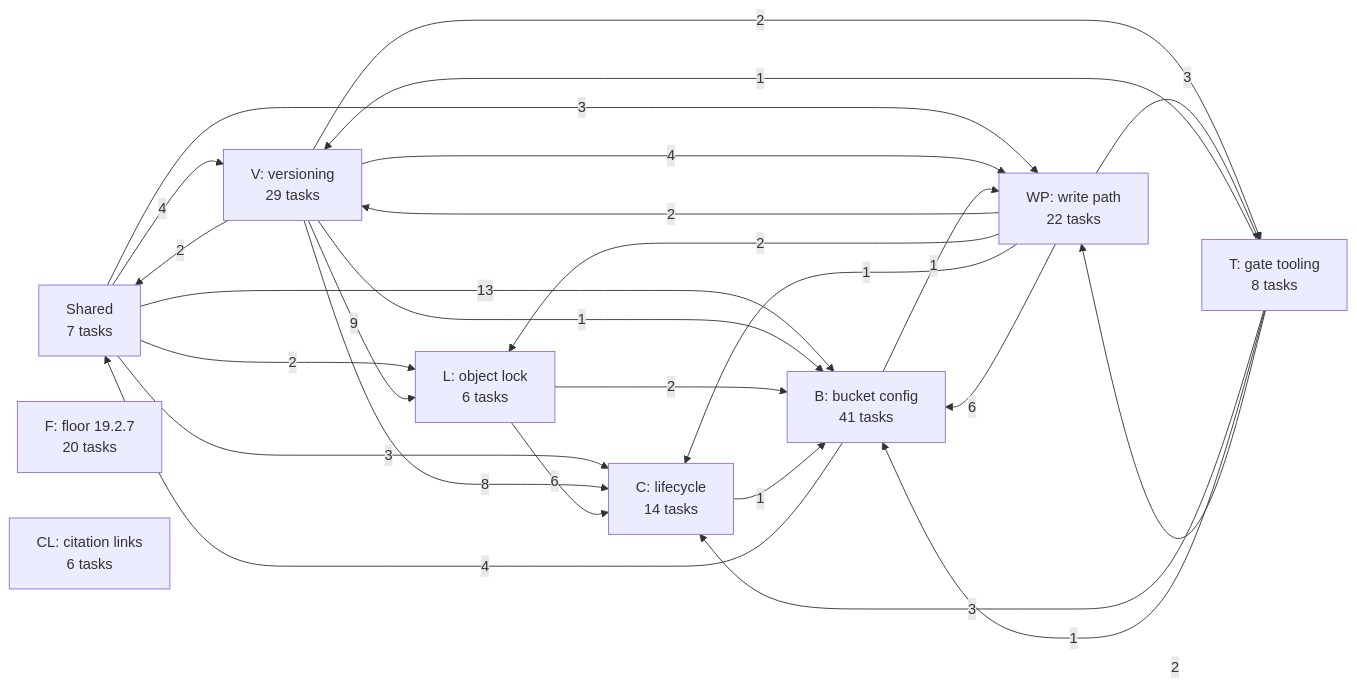
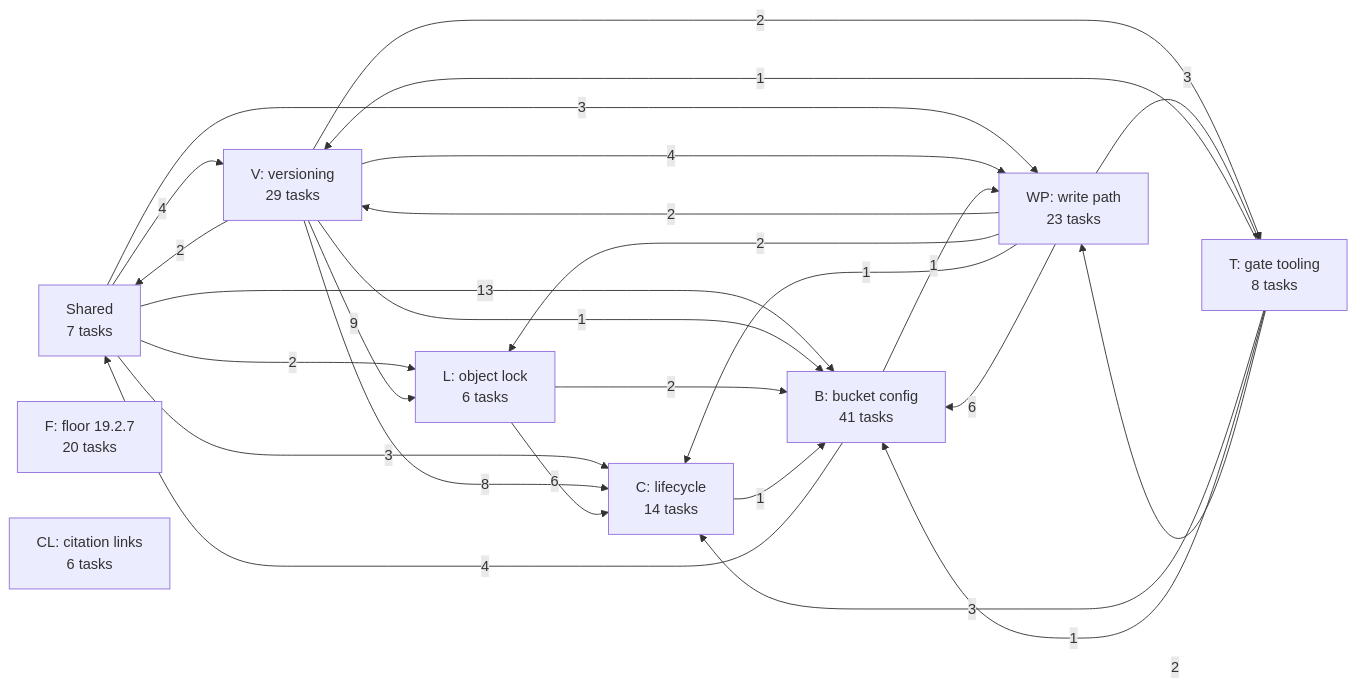
One commit to jhoblitt/rgw-go changed the first of 10 diagrams in docs/superpowers/plans/2026-10-13-phase-2/dependencies.md. Above: the diagram before and after it, drawn with Mermaid. The commit also changed other lines of this file and 1 other file, not shown here.

````diff
--- a/docs/superpowers/plans/2026-10-13-phase-2/dependencies.md
+++ b/docs/superpowers/plans/2026-10-13-phase-2/dependencies.md
@@ -13,37 +13,37 @@
 ```mermaid
 flowchart LR
   u_S["Shared<br/>7 tasks"]
   u_F["F: floor 19.2.7<br/>20 tasks"]
   u_V["V: versioning<br/>29 tasks"]
   u_L["L: object lock<br/>6 tasks"]
   u_C["C: lifecycle<br/>14 tasks"]
   u_B["B: bucket config<br/>41 tasks"]
-  u_WP["WP: write path<br/>22 tasks"]
+  u_WP["WP: write path<br/>23 tasks"]
   u_T["T: gate tooling<br/>8 tasks"]
   u_CL["CL: citation links<br/>6 tasks"]
   u_S -->|4| u_V
   u_S -->|2| u_L
   u_S -->|3| u_C
   u_S -->|13| u_B
   u_S -->|3| u_WP
   u_V -->|2| u_S
   u_V -->|9| u_L
   u_V -->|8| u_C
   u_V -->|1| u_B
   u_V -->|4| u_WP
   u_V -->|2| u_T
   u_L -->|6| u_C
   u_L -->|2| u_B
   u_C -->|1| u_B
   u_B -->|4| u_S
   u_B -->|1| u_WP
   u_WP -->|2| u_V
   u_WP -->|2| u_L
   u_WP -->|1| u_C
   u_WP -->|6| u_B
   u_WP -->|3| u_T
   u_T -->|1| u_V
   u_T -->|3| u_C
   u_T -->|1| u_B
   u_T -->|2| u_WP
 ```
````
